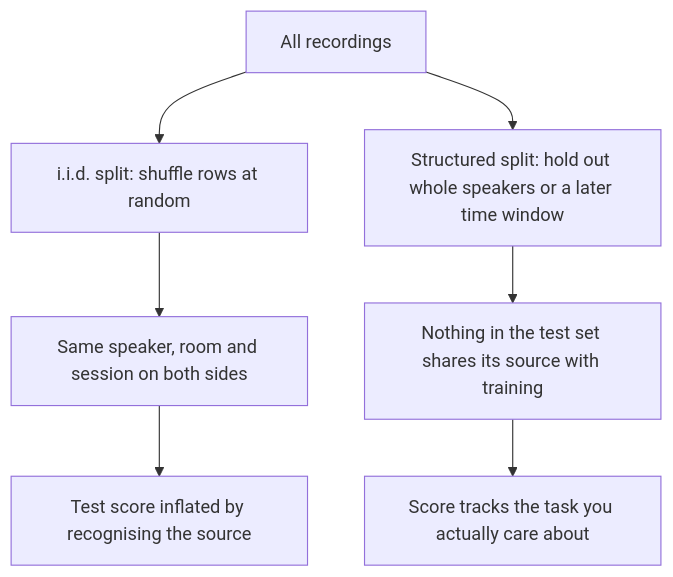
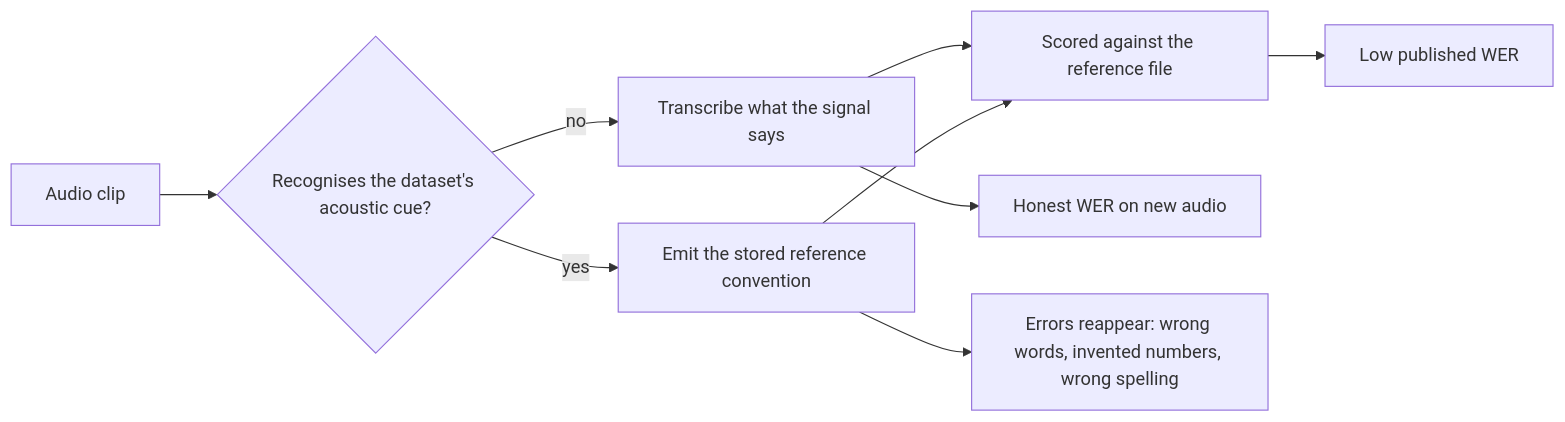
One commit to yurii-mysak/scala-training-docs changed the diagram in dojo/lessons/assets/2026-10-14-2-2.mmd. Above: the diagram before and after it, drawn with Mermaid. The commit also changed 95 other files, not shown here.

First line of the commit message:
dojo: Show-by-example and Visual rules; charts, source figures, Dojo image assets; 7 open lessons reworked

```diff
--- a/dojo/lessons/assets/2026-10-14-2-2.mmd
+++ b/dojo/lessons/assets/2026-10-14-2-2.mmd
@@ -1,7 +1,9 @@
-flowchart TD
-  A["All recordings"] --> B["i.i.d. split: shuffle rows at random"]
-  A --> C["Structured split: hold out whole speakers or a later time window"]
-  B --> B1["Same speaker, room and session on both sides"]
-  B1 --> B2["Test score inflated by recognising the source"]
-  C --> C1["Nothing in the test set shares its source with training"]
-  C1 --> C2["Score tracks the task you actually care about"]
+flowchart LR
+  A["Audio clip"] --> B{"Recognises the dataset's acoustic cue?"}
+  B -- "no" --> C["Transcribe what the signal says"]
+  B -- "yes" --> D["Emit the stored reference convention"]
+  C --> E["Scored against the reference file"]
+  D --> E
+  E --> F["Low published WER"]
+  C --> G["Honest WER on new audio"]
+  D --> H["Errors reappear: wrong words, invented numbers, wrong spelling"]
```
